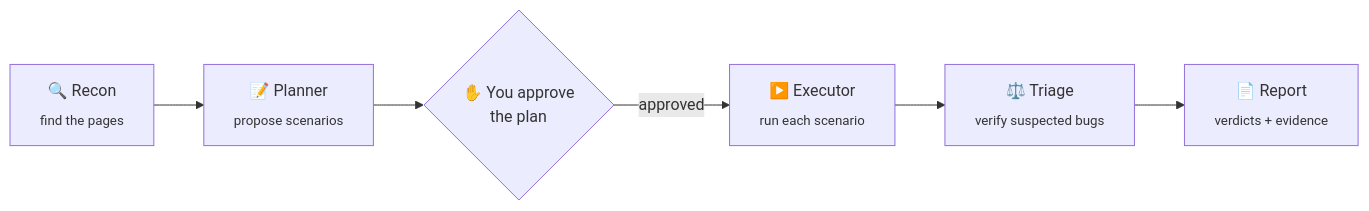
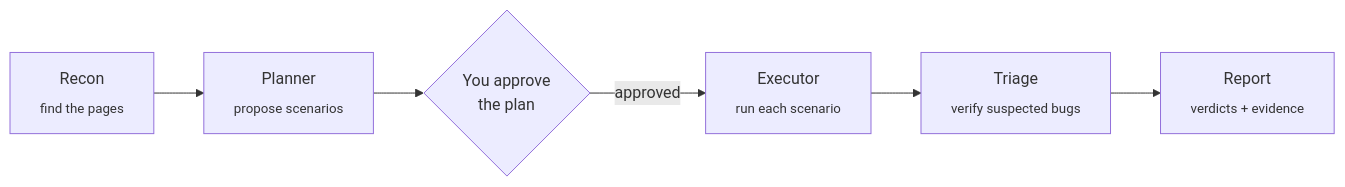
The second of 3 diagrams in README.md (n9e6y/test-badger), drawn with Mermaid before and after one commit. The commit also changed other lines of this file and 1 other file, not shown here.

````diff
--- a/README.md
+++ b/README.md
@@ -127,8 +127,8 @@
 ```mermaid
 flowchart LR
-    R["🔍 Recon<br/><sub>find the pages</sub>"] --> P["📝 Planner<br/><sub>propose scenarios</sub>"]
-    P --> H{"✋ You approve<br/>the plan"}
-    H -- approved --> E["▶️ Executor<br/><sub>run each scenario</sub>"]
-    E --> T["⚖️ Triage<br/><sub>verify suspected bugs</sub>"]
-    T --> Rep["📄 Report<br/><sub>verdicts + evidence</sub>"]
+    R["Recon<br/><sub>find the pages</sub>"] --> P["Planner<br/><sub>propose scenarios</sub>"]
+    P --> H{"You approve<br/>the plan"}
+    H -- approved --> E["Executor<br/><sub>run each scenario</sub>"]
+    E --> T["Triage<br/><sub>verify suspected bugs</sub>"]
+    T --> Rep["Report<br/><sub>verdicts + evidence</sub>"]
 ```
````
